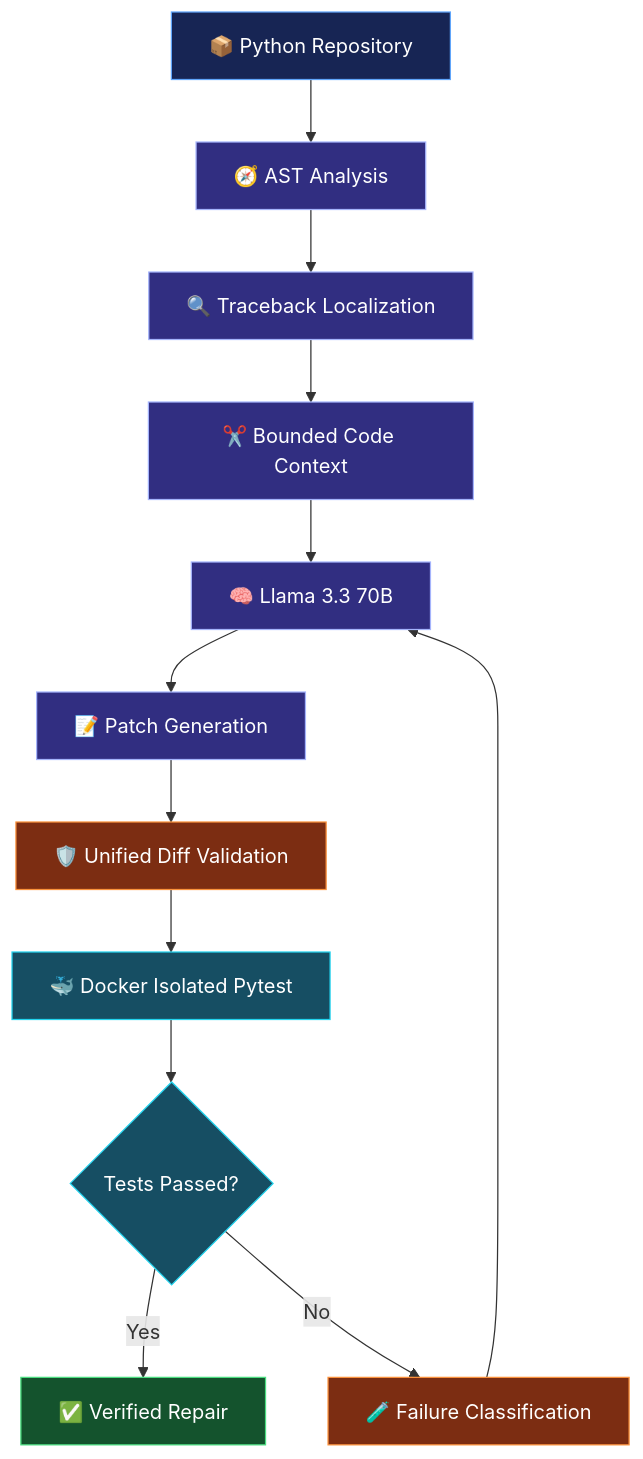
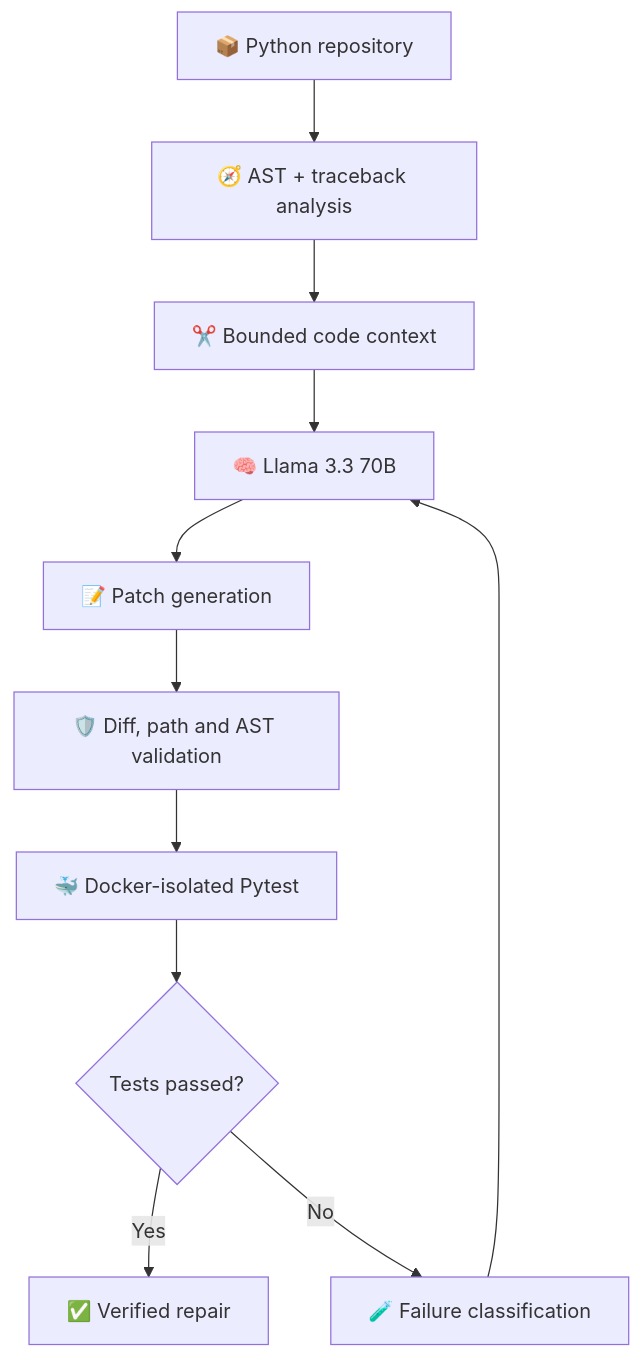
The second of 3 diagrams in README.md (Durgam-vamshi/Durgam-vamshi), drawn with Mermaid before and after one commit. The commit also changed other lines of this file, not shown here.

````diff
--- a/README.md
+++ b/README.md
@@ -114,26 +46,13 @@
 ```mermaid
 flowchart TD
-    A["📦 Python Repository"] --> B["🧭 AST Analysis"]
-    B --> C["🔍 Traceback Localization"]
-    C --> D["✂️ Bounded Code Context"]
-    D --> E["🧠 Llama 3.3 70B"]
-    E --> F["📝 Patch Generation"]
-    F --> G["🛡️ Unified Diff Validation"]
-    G --> H["🐳 Docker Isolated Pytest"]
-    H --> I{"Tests Passed?"}
-    I -->|Yes| J["✅ Verified Repair"]
-    I -->|No| K["🧪 Failure Classification"]
-    K --> E
-
-    classDef source fill:#172554,stroke:#60A5FA,color:#fff
-    classDef analysis fill:#312E81,stroke:#A5B4FC,color:#fff
-    classDef safety fill:#7C2D12,stroke:#FB923C,color:#fff
-    classDef testing fill:#164E63,stroke:#22D3EE,color:#fff
-    classDef success fill:#14532D,stroke:#4ADE80,color:#fff
-
-    class A source
-    class B,C,D,E,F analysis
-    class G,K safety
-    class H,I testing
-    class J success
+    REPO["📦 Python repository"] --> AST["🧭 AST + traceback analysis"]
+    AST --> CTX["✂️ Bounded code context"]
+    CTX --> LLM["🧠 Llama 3.3 70B"]
+    LLM --> PATCH["📝 Patch generation"]
+    PATCH --> GUARD["🛡️ Diff, path and AST validation"]
+    GUARD --> TEST["🐳 Docker-isolated Pytest"]
+    TEST --> PASS{"Tests passed?"}
+    PASS -->|Yes| DONE["✅ Verified repair"]
+    PASS -->|No| FAIL["🧪 Failure classification"]
+    FAIL --> LLM
 ```
````
